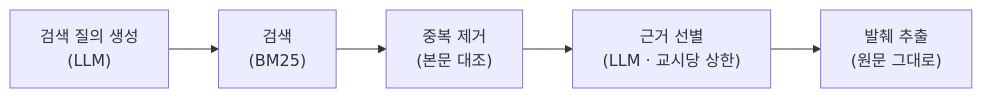
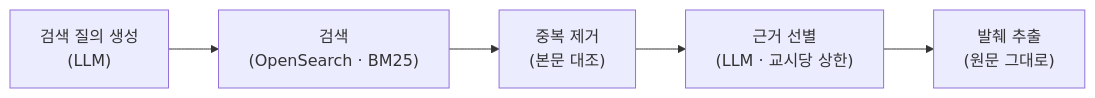
The diagram in docs/edu-material/evidence.md (Doc-AI-Agent-development/Doc-AI-Agent-development.github.io), drawn with Mermaid before and after one commit.

Commit message:
Name OpenSearch in the collection diagram

````diff
--- a/docs/edu-material/evidence.md
+++ b/docs/edu-material/evidence.md
@@ -26,7 +26,7 @@
 ```mermaid
 flowchart LR
-  A["검색 질의 생성<br/>(LLM)"] --> B["검색<br/>(BM25)"]
+  A["검색 질의 생성<br/>(LLM)"] --> B["검색<br/>(OpenSearch · BM25)"]
   B --> C["중복 제거<br/>(본문 대조)"]
   C --> D["근거 선별<br/>(LLM · 교시당 상한)"]
   D --> E["발췌 추출<br/>(원문 그대로)"]
 ```
````
